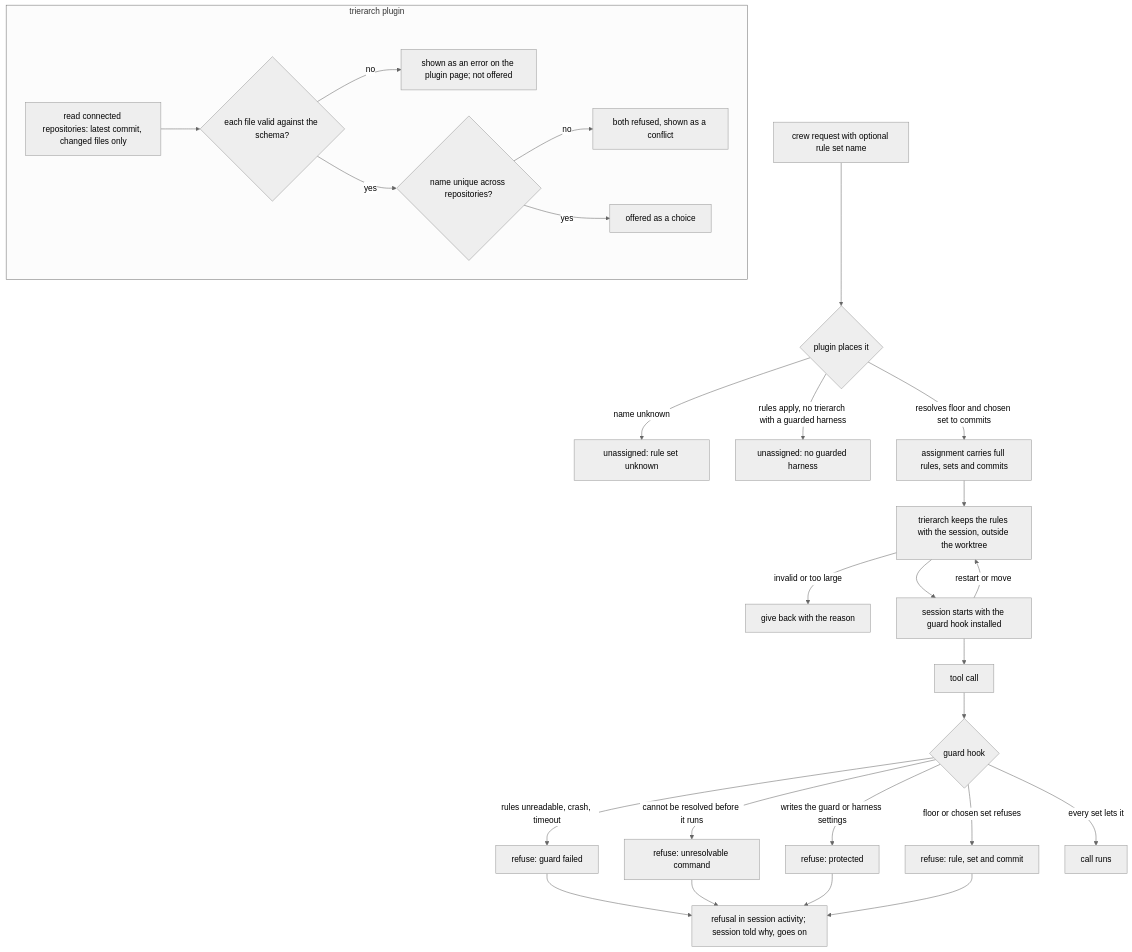
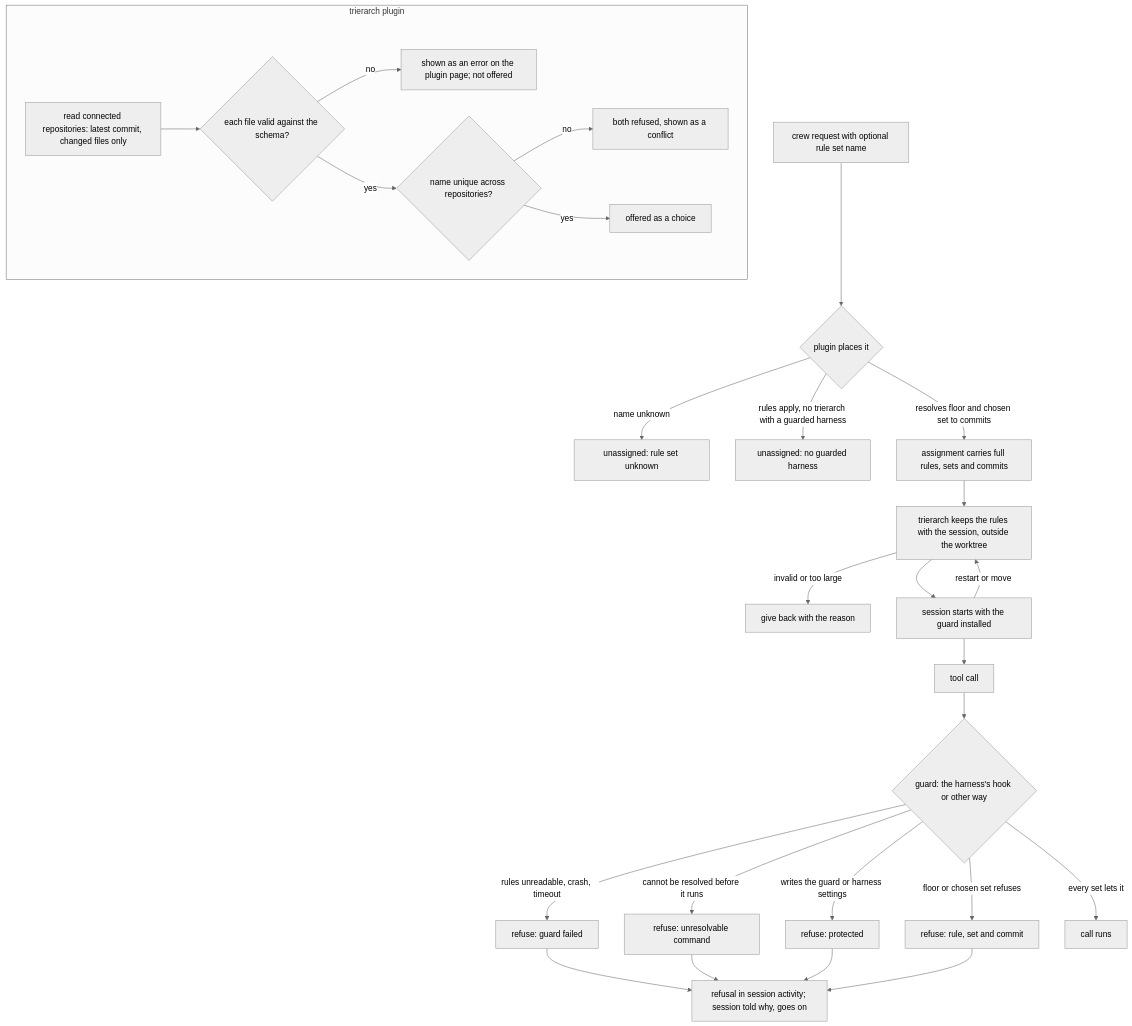
Before and after one commit to ThomasHendrickx/aeolus-fleet: the diagram in docs/design/guard/README.md, drawn with Mermaid (neutral theme). The commit also changed other lines of this file and 1 other file, not shown here.

Commit message:
docs(design): guard Q15 answered, stage 1 complete (#2069)

````diff
--- a/docs/design/guard/README.md
+++ b/docs/design/guard/README.md
@@ -147,29 +148,29 @@
 ```mermaid
 flowchart TD
   subgraph Plugin[trierarch plugin]
     R1[read connected repositories: latest commit, changed files only] --> V{each file valid against the schema?}
     V -->|no| E[shown as an error on the plugin page; not offered]
     V -->|yes| N{name unique across repositories?}
     N -->|no| D[both refused, shown as a conflict]
     N -->|yes| O[offered as a choice]
   end
   CR[crew request with optional rule set name] --> P{plugin places it}
   P -->|name unknown| U1[unassigned: rule set unknown]
   P -->|rules apply, no trierarch with a guarded harness| U2[unassigned: no guarded harness]
   P -->|resolves floor and chosen set to commits| A[assignment carries full rules, sets and commits]
   A --> T[trierarch keeps the rules with the session, outside the worktree]
   T -->|invalid or too large| G[give back with the reason]
-  T --> S[session starts with the guard hook installed]
+  T --> S[session starts with the guard installed]
   S --> C[tool call]
-  C --> H{guard hook}
+  C --> H{guard: the harness's hook or other way}
   H -->|rules unreadable, crash, timeout| X[refuse: guard failed]
   H -->|cannot be resolved before it runs| X2[refuse: unresolvable command]
   H -->|writes the guard or harness settings| X3[refuse: protected]
   H -->|floor or chosen set refuses| X4[refuse: rule, set and commit]
   H -->|every set lets it| OK[call runs]
   X --> L[refusal in session activity; session told why, goes on]
   X2 --> L
   X3 --> L
   X4 --> L
   S -->|restart or move| T
 ```
````
